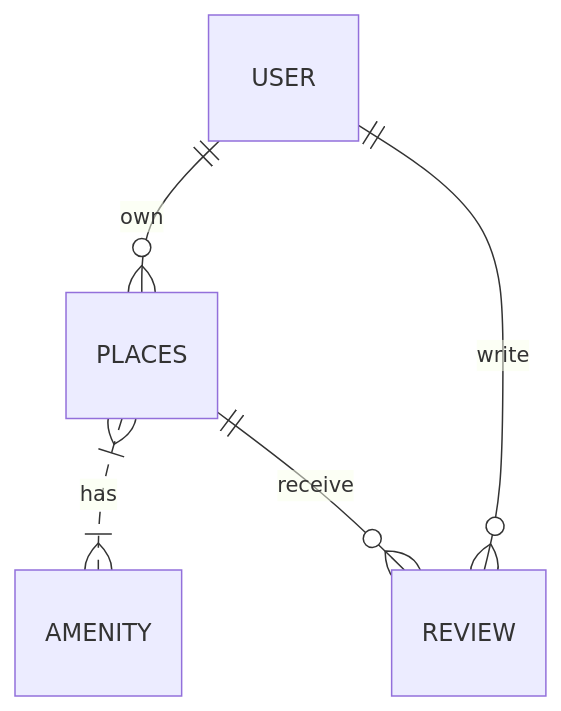
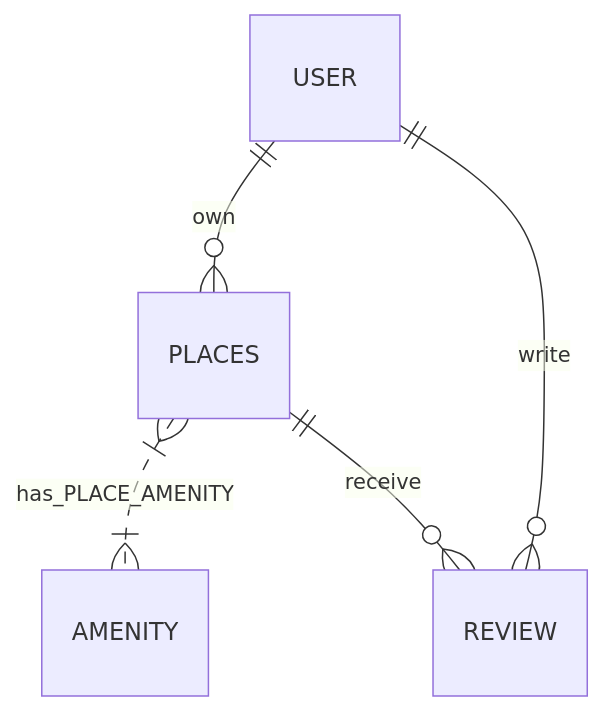
The diagram in part3/ERdiagram.md (hedjouj/holbertonschool-hbnb), drawn with Mermaid before and after one commit.

Commit message:
place amenity

````diff
--- a/part3/ERdiagram.md
+++ b/part3/ERdiagram.md
@@ -3,7 +3,7 @@
 ```mermaid
 erDiagram
     USER ||--o{ PLACES : own
-    PLACES }|..|{ AMENITY : has 
+    PLACES }|..|{ AMENITY : has_PLACE_AMENITY
     USER ||--o{ REVIEW : write
     PLACES ||--o{ REVIEW : receive
 ```
````
